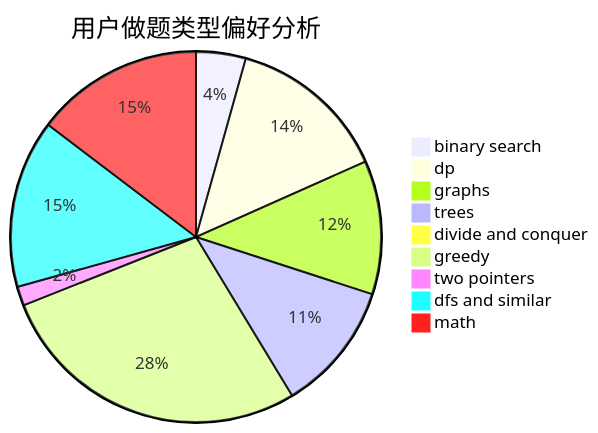
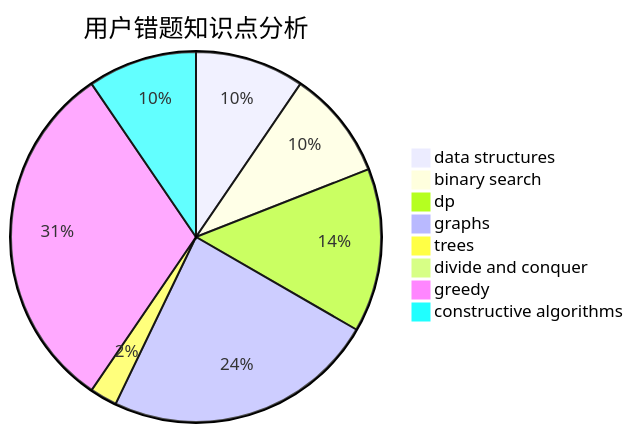
One commit to sherpahu/cfrs.github.io changed the third of 3 diagrams in docs/user/u1954.md. Above: the diagram before and after it, drawn with Mermaid. The commit also changed other lines of this file and 2775 other files, not shown here.

````diff
--- a/docs/user/u1954.md
+++ b/docs/user/u1954.md
@@ -23,12 +36,11 @@
 ```mermaid
-pie title 用户做题类型偏好分析
-    "binary search" :  13
-    "dp" :  42
-    "graphs" :  35
-    "trees" :  34
-    "divide and conquer" :  1
-    "greedy" :  83
-    "two pointers" :  5
-    "dfs and similar" :  44
-    "math" :  44
+pie title 用户错题知识点分析
+    "data structures" :  4
+    "binary search" :  4
+    "dp" :  6
+    "graphs" :  10
+    "trees" :  1
+    "divide and conquer" :  0
+    "greedy" :  13
+    "constructive algorithms" :  4
 ```
````
